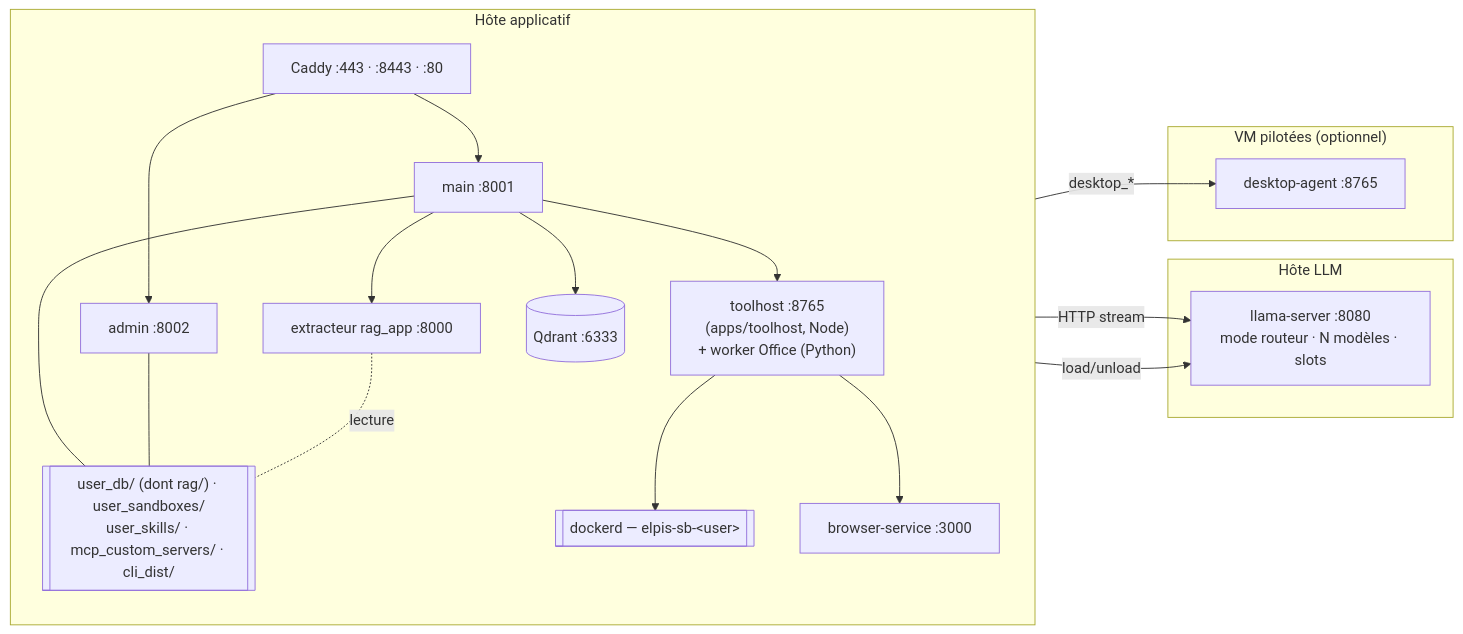
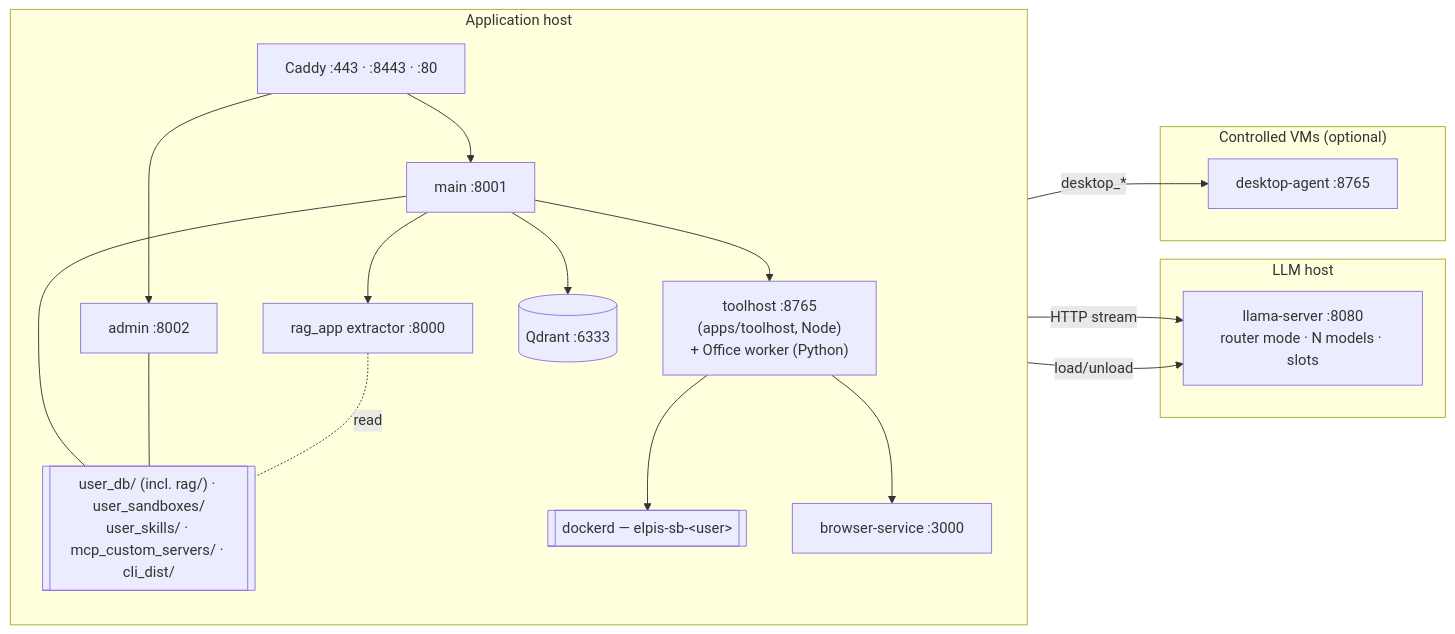
The second of 16 diagrams in docs/architecture.md (toto-fou/Elpis), drawn with Mermaid before and after one commit. The commit also changed other lines of this file and 43 other files, not shown here.

````diff
--- a/docs/architecture.md
+++ b/docs/architecture.md
@@ -218,31 +222,31 @@
 ```mermaid
 flowchart LR
-    subgraph host1["Hôte applicatif"]
+    subgraph host1["Application host"]
         direction TB
         c["Caddy :443 · :8443 · :80"]
         m["main :8001"]
         a["admin :8002"]
-        s["toolhost :8765<br/>(apps/toolhost, Node)<br/>+ worker Office (Python)"]
+        s["toolhost :8765<br/>(apps/toolhost, Node)<br/>+ Office worker (Python)"]
         b["browser-service :3000"]
-        r["extracteur rag_app :8000"]
+        r["rag_app extractor :8000"]
         q[("Qdrant :6333")]
-        d[["user_db/ (dont rag/) · user_sandboxes/<br/>user_skills/ · mcp_custom_servers/ · cli_dist/"]]
+        d[["user_db/ (incl. rag/) · user_sandboxes/<br/>user_skills/ · mcp_custom_servers/ · cli_dist/"]]
         dk[["dockerd — elpis-sb-&lt;user&gt;"]]
         c --> m & a
         m --- d
         a --- d
         m --> s --> dk
         s --> b
         m --> r & q
-        r -. "lecture" .- d
+        r -. "read" .- d
     end
-    subgraph host2["Hôte LLM"]
-        l["llama-server :8080<br/>mode routeur · N modèles · slots"]
+    subgraph host2["LLM host"]
+        l["llama-server :8080<br/>router mode · N models · slots"]
     end
-    subgraph host4["VM pilotées (optionnel)"]
+    subgraph host4["Controlled VMs (optional)"]
         ag["desktop-agent :8765"]
     end
     m -- HTTP stream --> l
     a -- "load/unload" --> l
     s -- "desktop_*" --> ag
 ```
````
